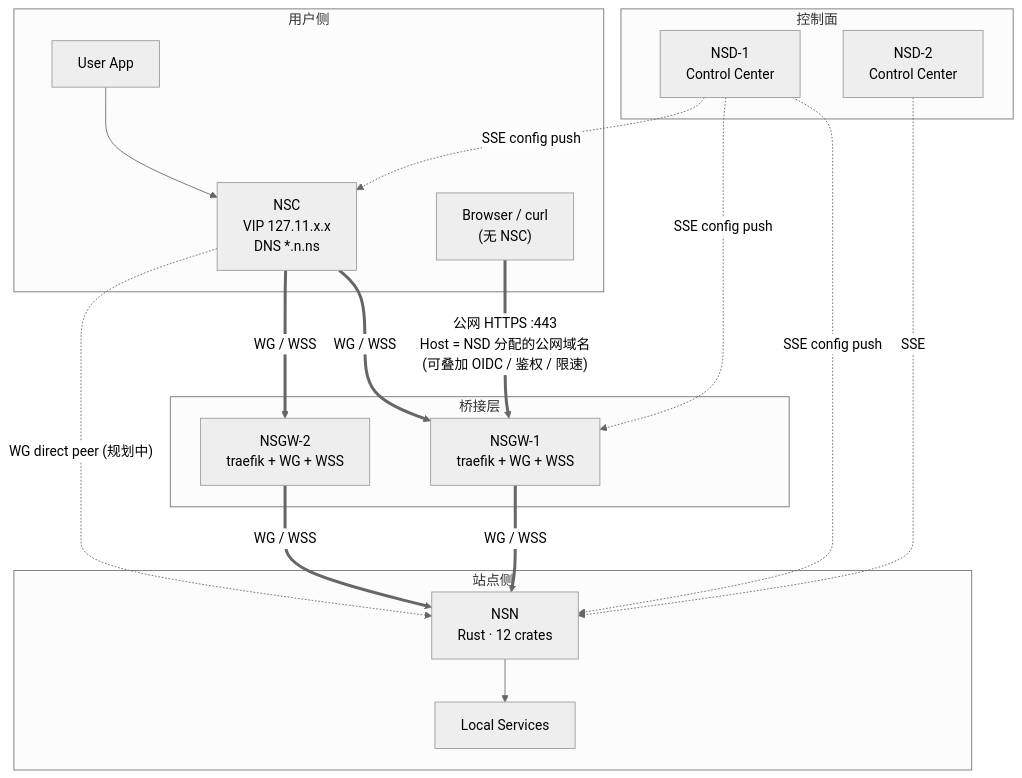
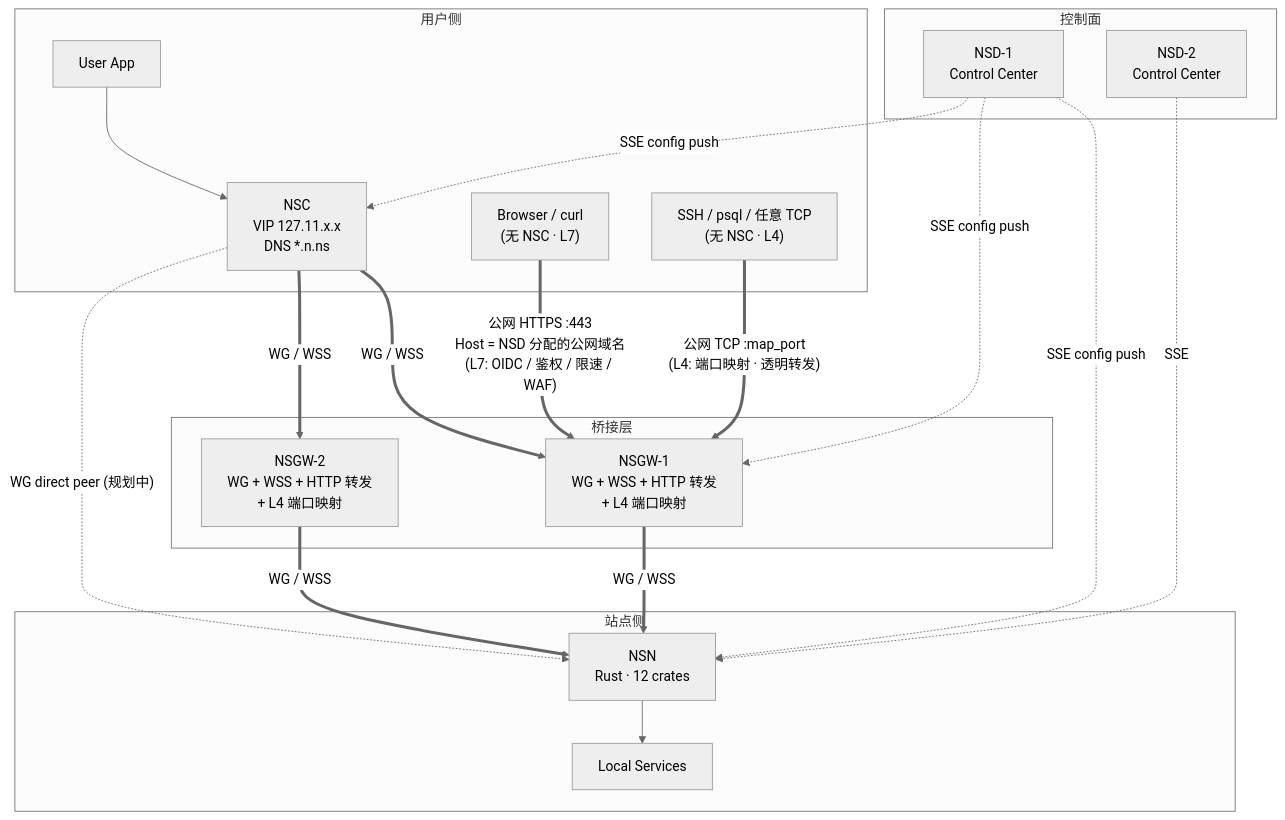
Before and after one commit to nsiod/docs: the diagram in docs/01-overview/index.md, drawn with Mermaid (neutral theme). The commit also changed other lines of this file and 3 other files, not shown here.

First line of the commit message:
docs(nsgw): reconsider traefik, add L4 port-mapping ingress path

````diff
--- a/docs/01-overview/index.md
+++ b/docs/01-overview/index.md
@@ -22,37 +22,39 @@
 ```mermaid
 graph TB
     subgraph Control["控制面"]
         NSD1["NSD-1<br/>Control Center"]
         NSD2["NSD-2<br/>Control Center"]
     end
 
     subgraph Bridge["桥接层"]
-        GW1["NSGW-1<br/>traefik + WG + WSS"]
-        GW2["NSGW-2<br/>traefik + WG + WSS"]
+        GW1["NSGW-1<br/>WG + WSS + HTTP 转发<br/>+ L4 端口映射"]
+        GW2["NSGW-2<br/>WG + WSS + HTTP 转发<br/>+ L4 端口映射"]
     end
 
     subgraph Site["站点侧"]
         NSN["NSN<br/>Rust · 12 crates"]
         LOCAL["Local Services"]
     end
 
     subgraph User["用户侧"]
         NSC["NSC<br/>VIP 127.11.x.x<br/>DNS *.n.ns"]
         APP["User App"]
-        BROWSER["Browser / curl<br/>(无 NSC)"]
+        BROWSER["Browser / curl<br/>(无 NSC · L7)"]
+        SSHCLI["SSH / psql / 任意 TCP<br/>(无 NSC · L4)"]
     end
 
     NSD1 -. "SSE config push" .-> NSN
     NSD1 -. "SSE config push" .-> GW1
     NSD1 -. "SSE config push" .-> NSC
     NSD2 -. "SSE" .-> NSN
 
     APP --> NSC
     NSC ==>|"WG / WSS"| GW1
     NSC ==>|"WG / WSS"| GW2
     GW1 ==>|"WG / WSS"| NSN
     GW2 ==>|"WG / WSS"| NSN
     NSC -. "WG direct peer (规划中)" .-> NSN
-    BROWSER ==>|"公网 HTTPS :443<br/>Host = NSD 分配的公网域名<br/>(可叠加 OIDC / 鉴权 / 限速)"| GW1
+    BROWSER ==>|"公网 HTTPS :443<br/>Host = NSD 分配的公网域名<br/>(L7: OIDC / 鉴权 / 限速 / WAF)"| GW1
+    SSHCLI ==>|"公网 TCP :map_port<br/>(L4: 端口映射 · 透明转发)"| GW1
     NSN --> LOCAL
 ```
````
